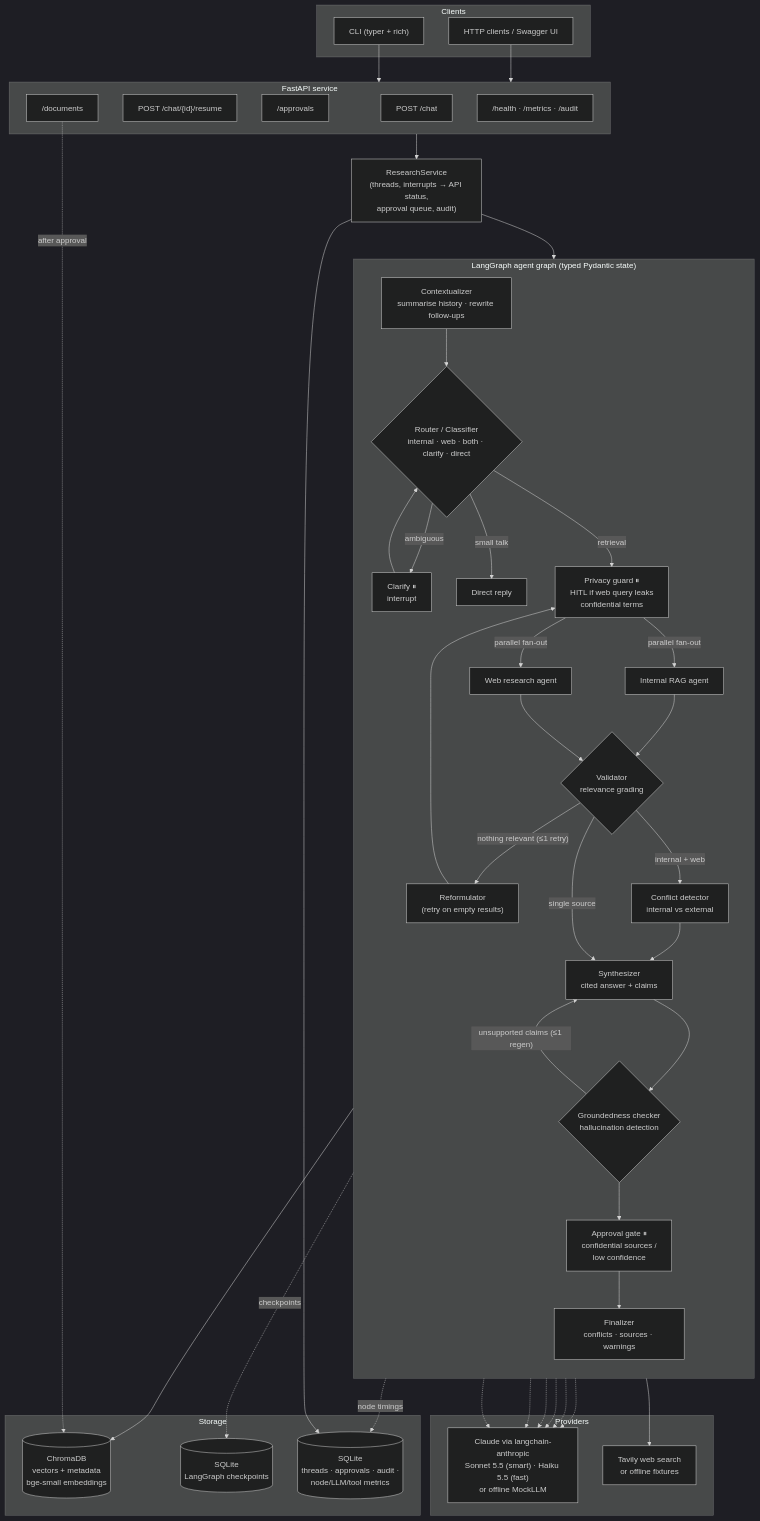
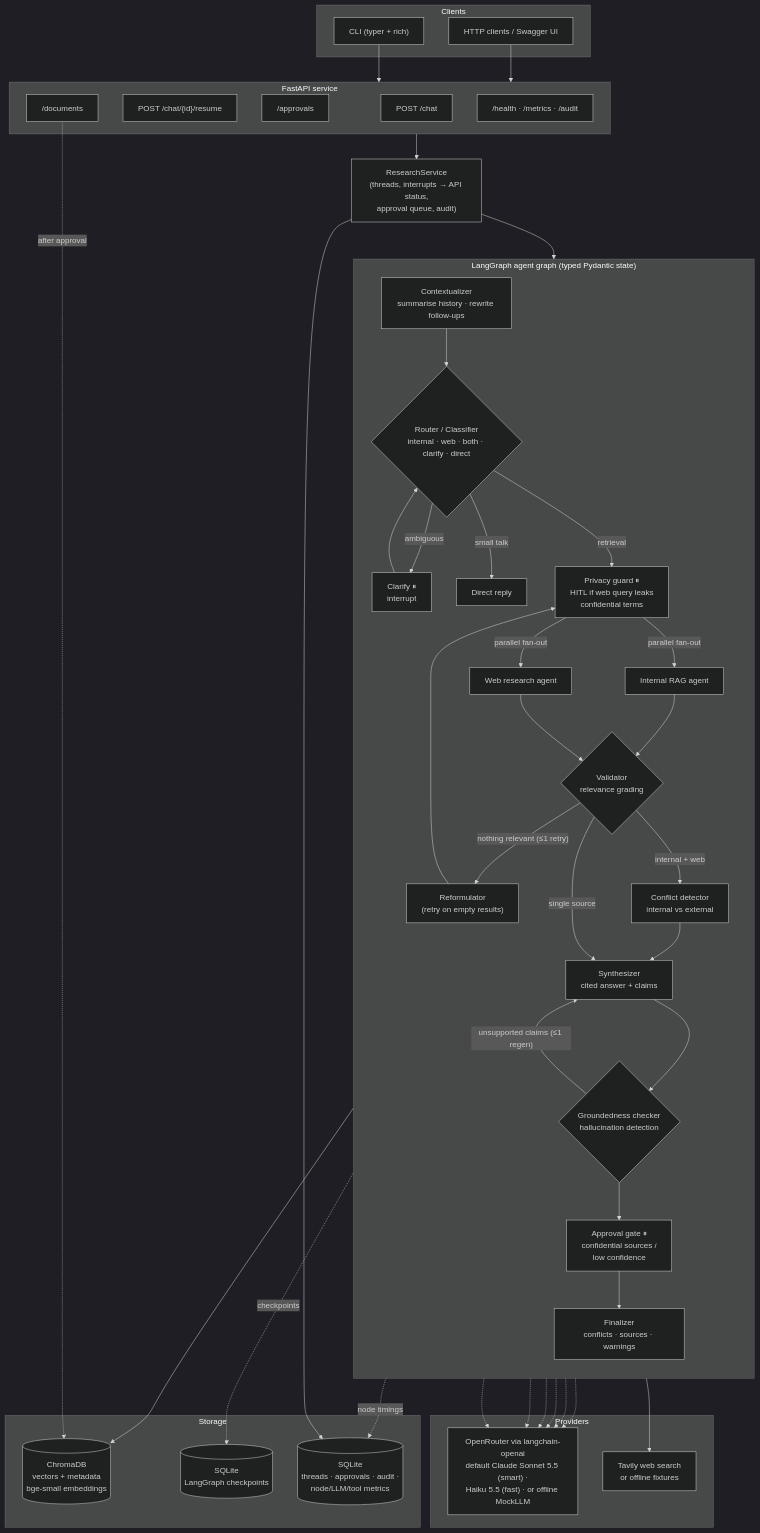
One commit to Anamitra-droid/enterprise-research-agent changed the diagram in docs/architecture.mmd. Above: the diagram before and after it, drawn with Mermaid (dark theme). The commit also changed 21 other files, not shown here.

First line of the commit message:
Switch LLM provider from Anthropic API to OpenRouter

```diff
--- a/docs/architecture.mmd
+++ b/docs/architecture.mmd
@@ -1,69 +1,69 @@
 flowchart TB
     subgraph Clients
         CLI["CLI (typer + rich)"]
         HTTP["HTTP clients / Swagger UI"]
     end
 
     subgraph API["FastAPI service"]
         R1["POST /chat"]
         R2["POST /chat/{id}/resume"]
         R3["/approvals"]
         R4["/documents"]
         R5["/health · /metrics · /audit"]
     end
 
     SVC["ResearchService<br/>(threads, interrupts → API status,<br/>approval queue, audit)"]
 
     subgraph GRAPH["LangGraph agent graph (typed Pydantic state)"]
         direction TB
         CTX["Contextualizer<br/>summarise history · rewrite follow-ups"]
         CLS{"Router / Classifier<br/>internal · web · both · clarify · direct"}
         CLR["Clarify ⏸<br/>interrupt"]
         DIR["Direct reply"]
         PRV["Privacy guard ⏸<br/>HITL if web query leaks<br/>confidential terms"]
         RAG["Internal RAG agent"]
         WEB["Web research agent"]
         VAL{"Validator<br/>relevance grading"}
         REF["Reformulator<br/>(retry on empty results)"]
         CON["Conflict detector<br/>internal vs external"]
         SYN["Synthesizer<br/>cited answer + claims"]
         GRD{"Groundedness checker<br/>hallucination detection"}
         APR["Approval gate ⏸<br/>confidential sources /<br/>low confidence"]
         FIN["Finalizer<br/>conflicts · sources · warnings"]
 
         CTX --> CLS
         CLS -- ambiguous --> CLR --> CLS
         CLS -- small talk --> DIR
         CLS -- retrieval --> PRV
         PRV -- parallel fan-out --> RAG & WEB
         RAG --> VAL
         WEB --> VAL
         VAL -- "nothing relevant (≤1 retry)" --> REF --> PRV
         VAL -- "internal + web" --> CON --> SYN
         VAL -- "single source" --> SYN
         SYN --> GRD
         GRD -- "unsupported claims (≤1 regen)" --> SYN
         GRD --> APR --> FIN
     end
 
     subgraph Providers
-        LLM["Claude via langchain-anthropic<br/>Sonnet 5.5 (smart) · Haiku 5.5 (fast)<br/>or offline MockLLM"]
+        LLM["OpenRouter via langchain-openai<br/>default Claude Sonnet 5.5 (smart) ·<br/>Haiku 5.5 (fast) · or offline MockLLM"]
         TAV["Tavily web search<br/>or offline fixtures"]
     end
 
     subgraph Storage
         CHR[("ChromaDB<br/>vectors + metadata<br/>bge-small embeddings")]
         CKP[("SQLite<br/>LangGraph checkpoints")]
         APP[("SQLite<br/>threads · approvals · audit ·<br/>node/LLM/tool metrics")]
     end
 
     CLI --> API
     HTTP --> API
     API --> SVC --> GRAPH
     SVC --> APP
     GRAPH -. checkpoints .-> CKP
     RAG --> CHR
     R4 -. "after approval" .-> CHR
     WEB --> TAV
     CLS & VAL & CON & SYN & GRD & CTX -.-> LLM
     GRAPH -. "node timings" .-> APP
```
